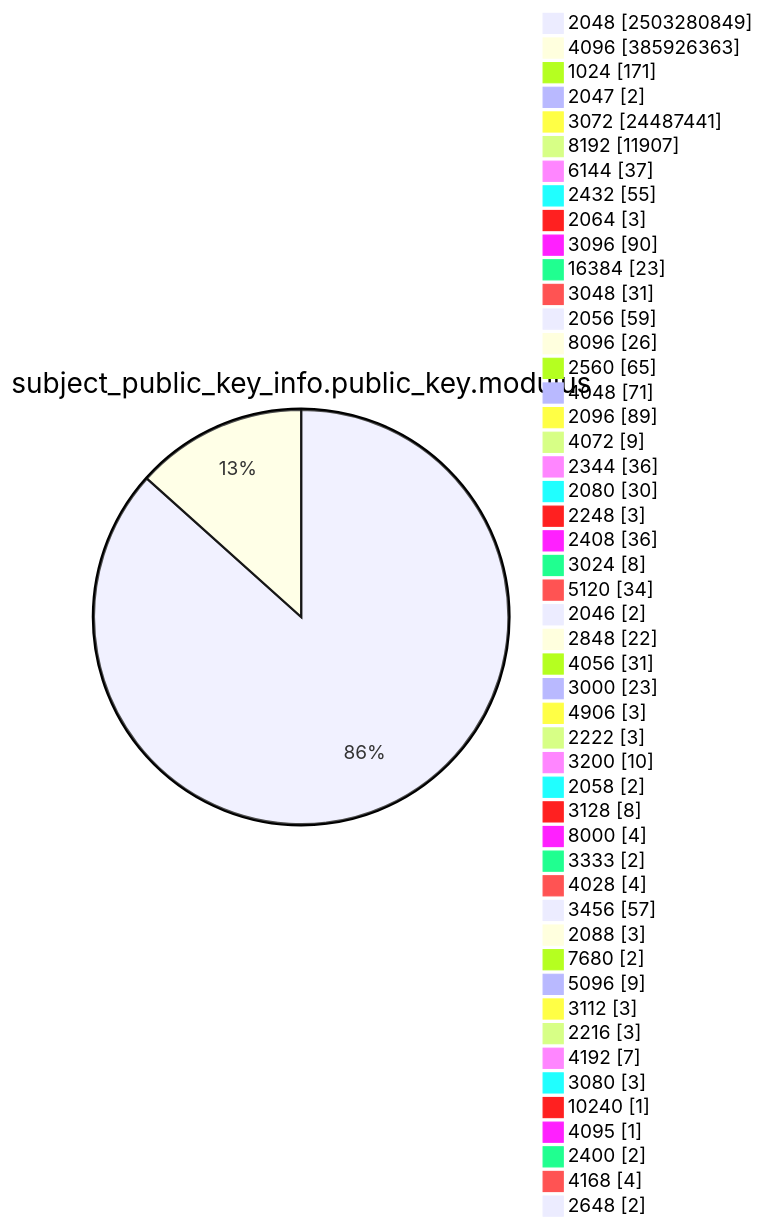
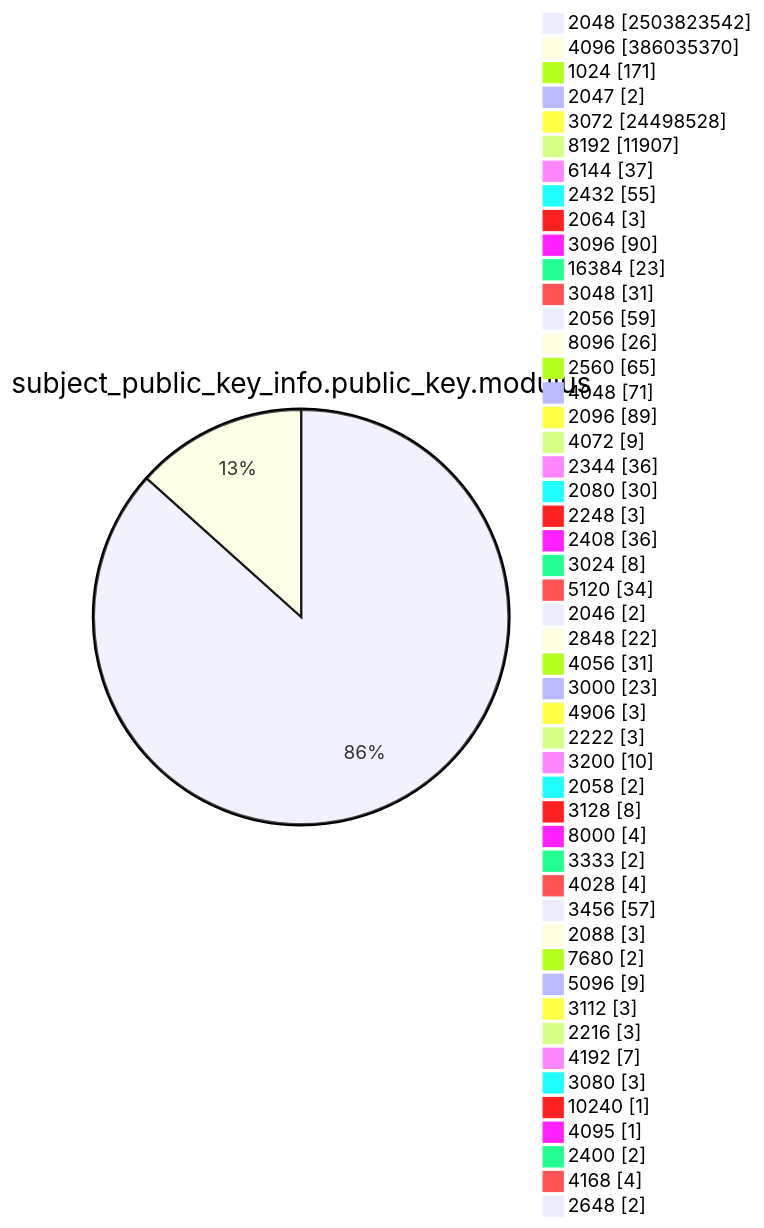
Diagram 13 of 15 in TOTAL/README.md (christiankrug/ctmonitor_visualization), drawn with Mermaid before and after one commit. The commit also changed other lines of this file, not shown here.

````diff
--- a/TOTAL/README.md
+++ b/TOTAL/README.md
@@ -4169,53 +4169,53 @@
 ```mermaid
 pie showData
 title subject_public_key_info.public_key.modulus
-"2048" :2503280849
-"4096" :385926363
+"2048" :2503823542
+"4096" :386035370
 "1024" :171
 "2047" :2
-"3072" :24487441
+"3072" :24498528
 "8192" :11907
 "6144" :37
 "2432" :55
 "2064" :3
 "3096" :90
 "16384" :23
 "3048" :31
 "2056" :59
 "8096" :26
 "2560" :65
 "4048" :71
 "2096" :89
 "4072" :9
 "2344" :36
 "2080" :30
 "2248" :3
 "2408" :36
 "3024" :8
 "5120" :34
 "2046" :2
 "2848" :22
 "4056" :31
 "3000" :23
 "4906" :3
 "2222" :3
 "3200" :10
 "2058" :2
 "3128" :8
 "8000" :4
 "3333" :2
 "4028" :4
 "3456" :57
 "2088" :3
 "7680" :2
 "5096" :9
 "3112" :3
 "2216" :3
 "4192" :7
 "3080" :3
 "10240" :1
 "4095" :1
 "2400" :2
 "4168" :4
 "2648" :2
 ```
````
